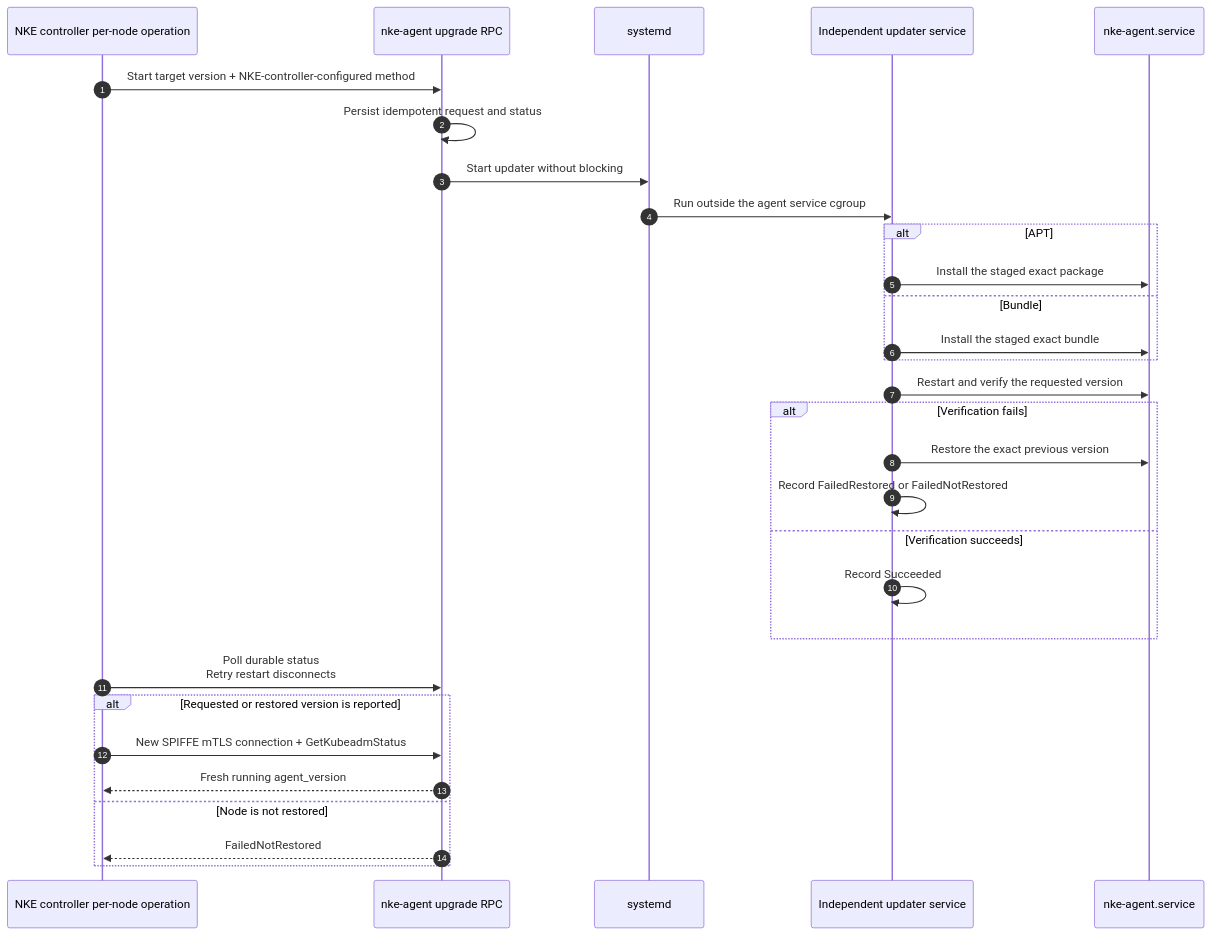
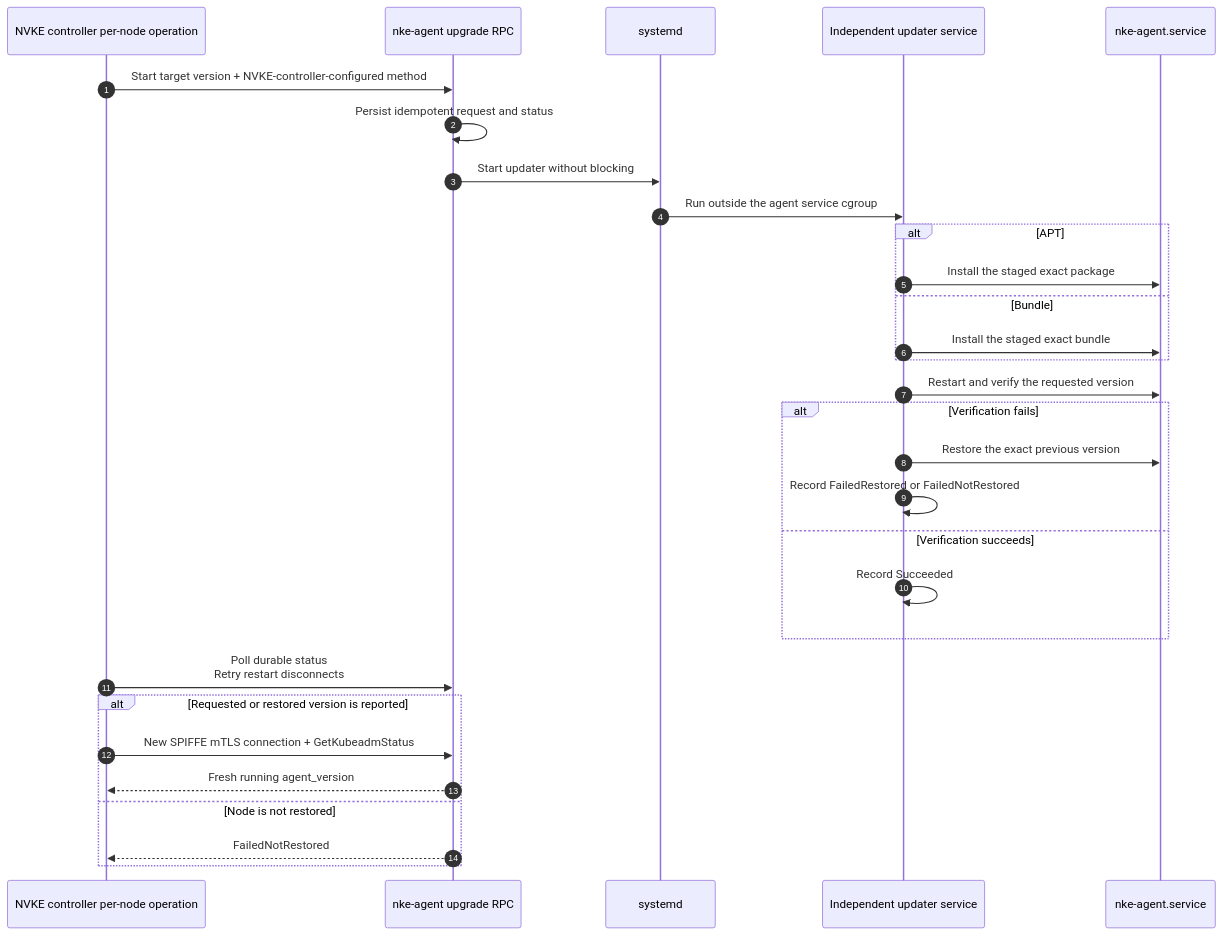
One commit to FrankSpitulski/nvke changed the third of 3 diagrams in agent/docs/in-place-update/in-place-rollout-design.md. Above: the diagram before and after it, drawn with Mermaid. The commit also changed other lines of this file and 95 other files, not shown here.

````diff
--- a/agent/docs/in-place-update/in-place-rollout-design.md
+++ b/agent/docs/in-place-update/in-place-rollout-design.md
@@ -96,33 +96,33 @@
 ```mermaid
 sequenceDiagram
     autonumber
-    participant Operation as NKE controller per-node operation
+    participant Operation as NVKE controller per-node operation
     participant RPC as nke-agent upgrade RPC
     participant Systemd as systemd
     participant Updater as Independent updater service
     participant Agent as nke-agent.service
 
-    Operation->>RPC: Start target version + NKE-controller-configured method
+    Operation->>RPC: Start target version + NVKE-controller-configured method
     RPC->>RPC: Persist idempotent request and status
     RPC->>Systemd: Start updater without blocking
     Systemd->>Updater: Run outside the agent service cgroup
     alt APT
         Updater->>Agent: Install the staged exact package
     else Bundle
         Updater->>Agent: Install the staged exact bundle
     end
     Updater->>Agent: Restart and verify the requested version
     alt Verification fails
         Updater->>Agent: Restore the exact previous version
         Updater->>Updater: Record FailedRestored or FailedNotRestored
     else Verification succeeds
         Updater->>Updater: Record Succeeded
     end
     Operation->>RPC: Poll durable status<br/>Retry restart disconnects
     alt Requested or restored version is reported
         Operation->>RPC: New SPIFFE mTLS connection + GetKubeadmStatus
         RPC-->>Operation: Fresh running agent_version
     else Node is not restored
         RPC-->>Operation: FailedNotRestored
     end
 ```
````
